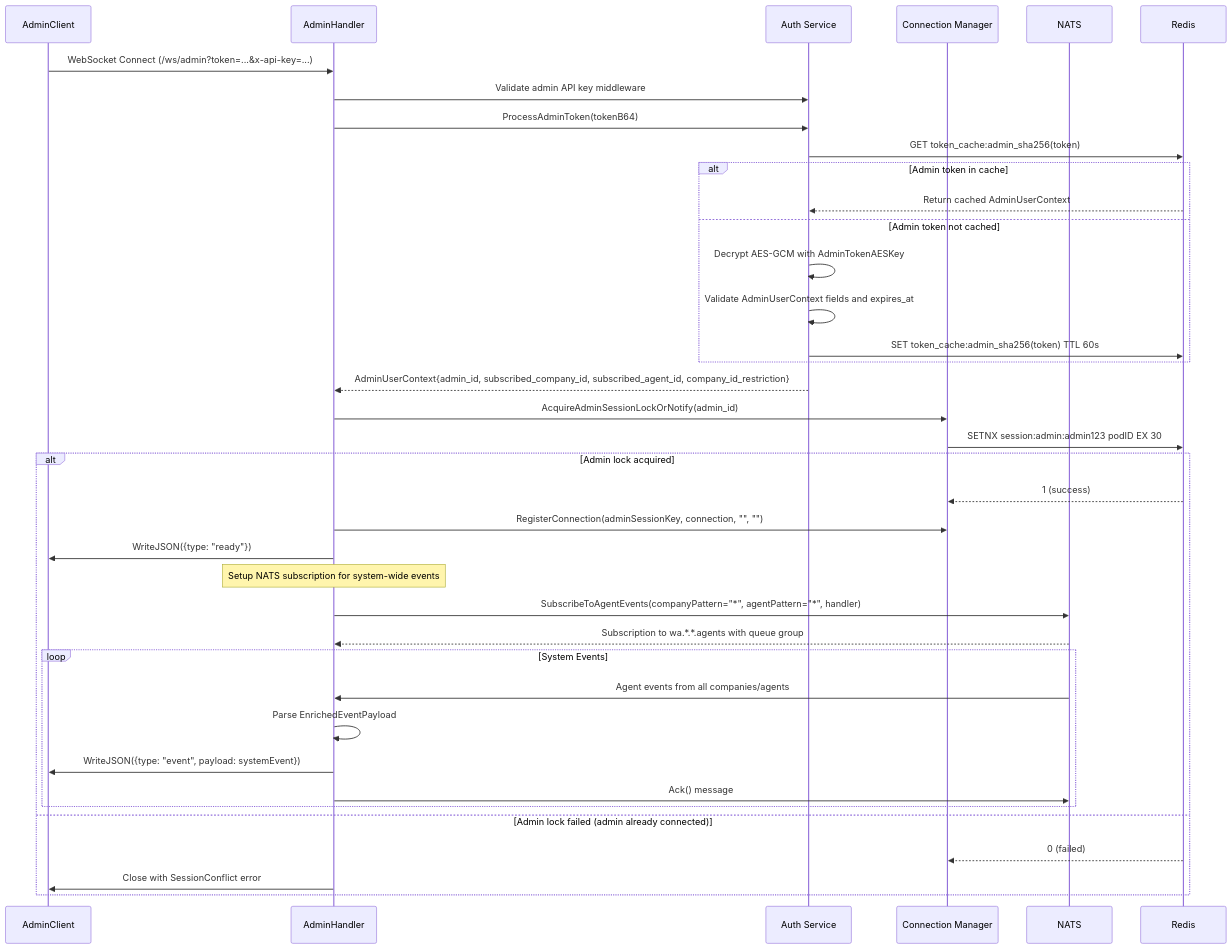
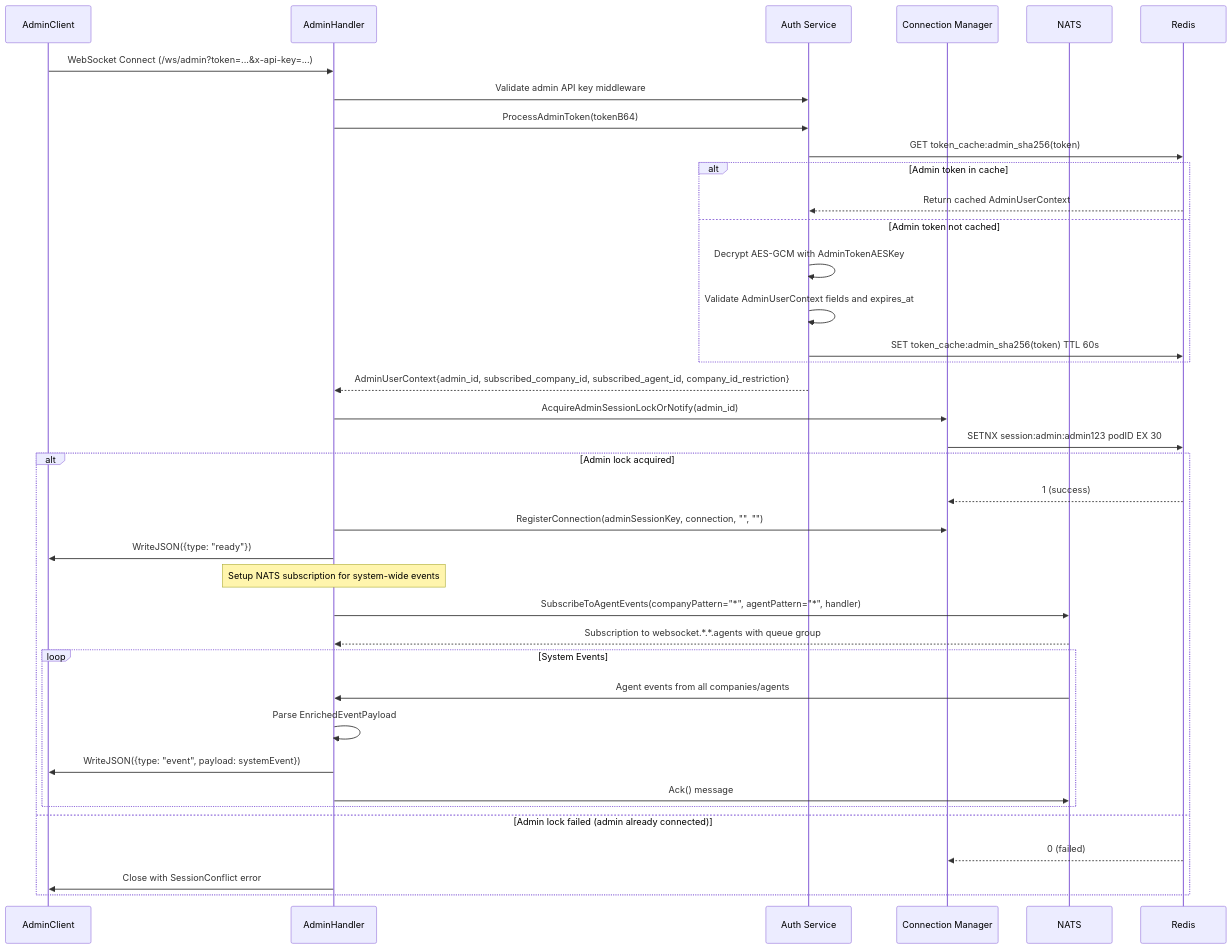
The fourth of 5 diagrams in docs/system_architecture.md (ridhomain/dws), drawn with Mermaid before and after one commit. The commit also changed other lines of this file and 11 other files, not shown here.

First line of the commit message:
refactor: implement global NATS consumer architecture

````diff
--- a/docs/system_architecture.md
+++ b/docs/system_architecture.md
@@ -305,49 +305,49 @@
 ```mermaid
 sequenceDiagram
     participant AdminClient
     participant AdminHandler
     participant Auth as Auth Service
     participant ConnMgr as Connection Manager
     participant NATS
     participant Redis
 
     AdminClient->>AdminHandler: WebSocket Connect (/ws/admin?token=...&x-api-key=...)
     AdminHandler->>Auth: Validate admin API key middleware
     AdminHandler->>Auth: ProcessAdminToken(tokenB64)
     
     Auth->>Redis: GET token_cache:admin_sha256(token)
     
     alt Admin token in cache
         Redis-->>Auth: Return cached AdminUserContext
     else Admin token not cached
         Auth->>Auth: Decrypt AES-GCM with AdminTokenAESKey
         Auth->>Auth: Validate AdminUserContext fields and expires_at
         Auth->>Redis: SET token_cache:admin_sha256(token) TTL 60s
     end
     
     Auth-->>AdminHandler: AdminUserContext{admin_id, subscribed_company_id, subscribed_agent_id, company_id_restriction}
     
     AdminHandler->>ConnMgr: AcquireAdminSessionLockOrNotify(admin_id)
     ConnMgr->>Redis: SETNX session:admin:admin123 podID EX 30
     
     alt Admin lock acquired
         Redis-->>ConnMgr: 1 (success)
         AdminHandler->>ConnMgr: RegisterConnection(adminSessionKey, connection, "", "")
         AdminHandler->>AdminClient: WriteJSON({type: "ready"})
         
         Note over AdminHandler: Setup NATS subscription for system-wide events
         AdminHandler->>NATS: SubscribeToAgentEvents(companyPattern="*", agentPattern="*", handler)
-        NATS-->>AdminHandler: Subscription to wa.*.*.agents with queue group
+        NATS-->>AdminHandler: Subscription to websocket.*.*.agents with queue group
         
         loop System Events
             NATS->>AdminHandler: Agent events from all companies/agents
             AdminHandler->>AdminHandler: Parse EnrichedEventPayload
             AdminHandler->>AdminClient: WriteJSON({type: "event", payload: systemEvent})
             AdminHandler->>NATS: Ack() message
         end
         
     else Admin lock failed (admin already connected)
         Redis-->>ConnMgr: 0 (failed)
         AdminHandler->>AdminClient: Close with SessionConflict error
     end
 ```
````
